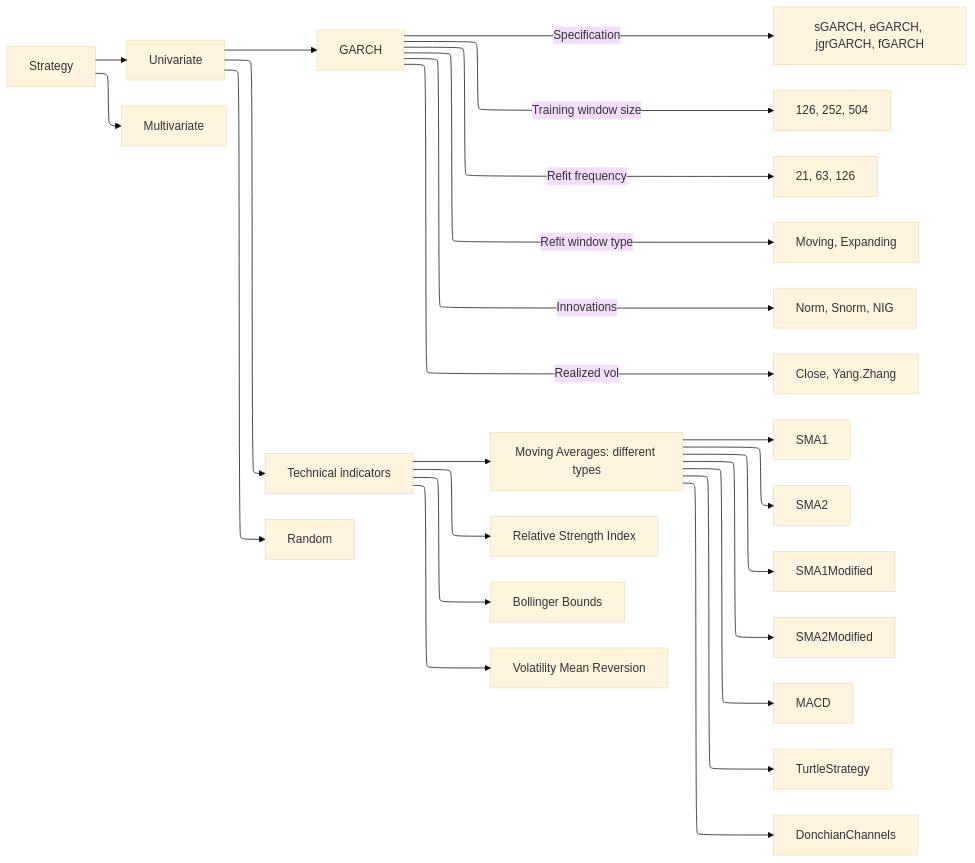
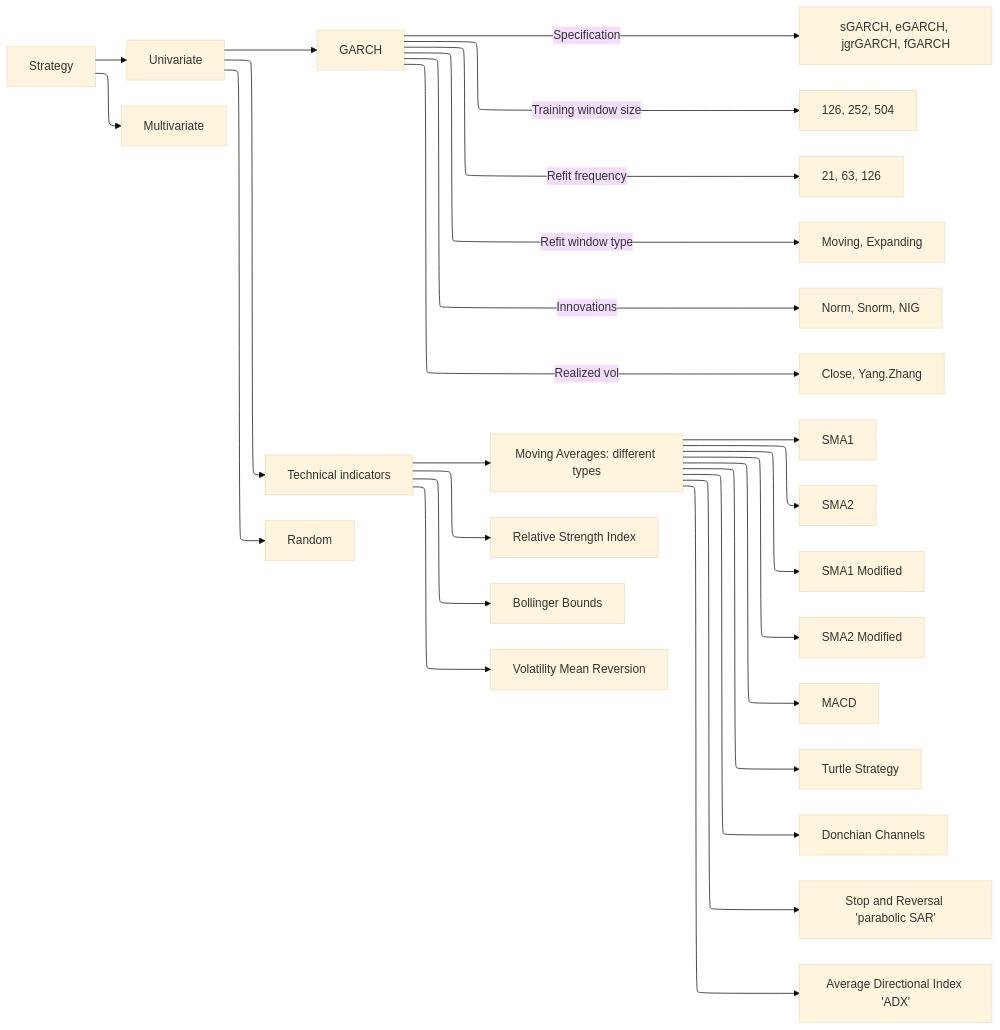
The first of 2 diagrams in README.md (kraif999/ATS), drawn with Mermaid (base theme) before and after one commit. The commit also changed 2 other files, not shown here.

Commit message:
Add SAR and ADX classes

````diff
--- a/README.md
+++ b/README.md
@@ -11,26 +11,28 @@
 ```mermaid
 %%{init: {"flowchart": {"defaultRenderer": "elk", "nodeWidth": 1000}}}%%
 flowchart LR
     Strategy[Strategy] --> Univariate[Univariate]
     Strategy --> Multivariate[Multivariate]
     Univariate --> GARCH[GARCH]
     GARCH -->|Specification| spec[sGARCH, eGARCH, jgrGARCH, fGARCH]
     GARCH -->|Training window size| training[126, 252, 504]
     GARCH -->|Refit frequency| refit[21, 63, 126]
     GARCH -->|Refit window type| type[Moving, Expanding]
     GARCH -->|Innovations| distr[Norm, Snorm, NIG]
     GARCH -->|Realized vol| rv[Close, Yang.Zhang]
     Univariate --> Tech[Technical indicators]
     Tech --> ma[Moving Averages: different types]
-    ma --> SMA1
-    ma --> SMA2
-    ma --> SMA1Modified
-    ma --> SMA2Modified
-    ma --> MACD
-    ma --> TurtleStrategy
-    ma --> DonchianChannels
+    ma --> sma1[SMA1]
+    ma --> sma2[SMA2]
+    ma --> sma1m[SMA1 Modified]
+    ma --> sma2m[SMA2 Modified]
+    ma --> macd[MACD]
+    ma --> tt[Turtle Strategy]
+    ma --> dc[Donchian Channels]
+    ma --> sra[Stop and Reversal 'parabolic SAR']
+    ma --> adx[Average Directional Index 'ADX']
     Tech --> rsi[Relative Strength Index]
     Tech --> bb[Bollinger Bounds]
     Tech --> vol[Volatility Mean Reversion]
     Univariate --> r[Random]
 ```
````
